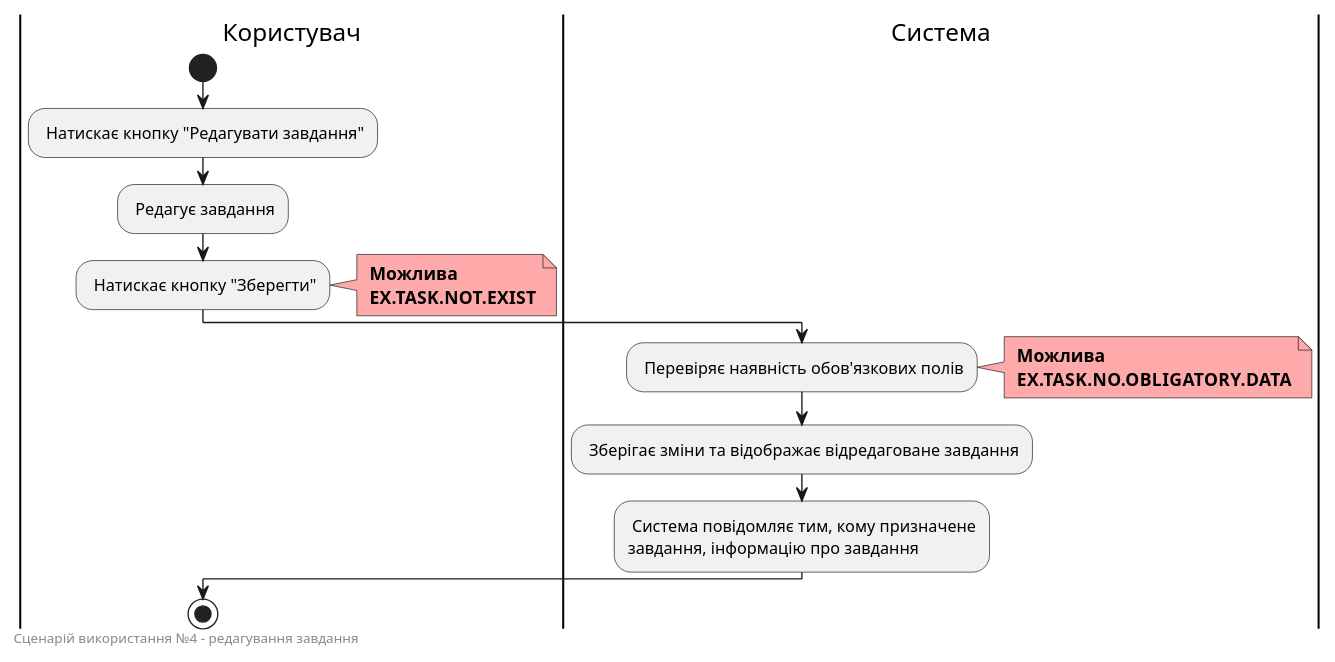
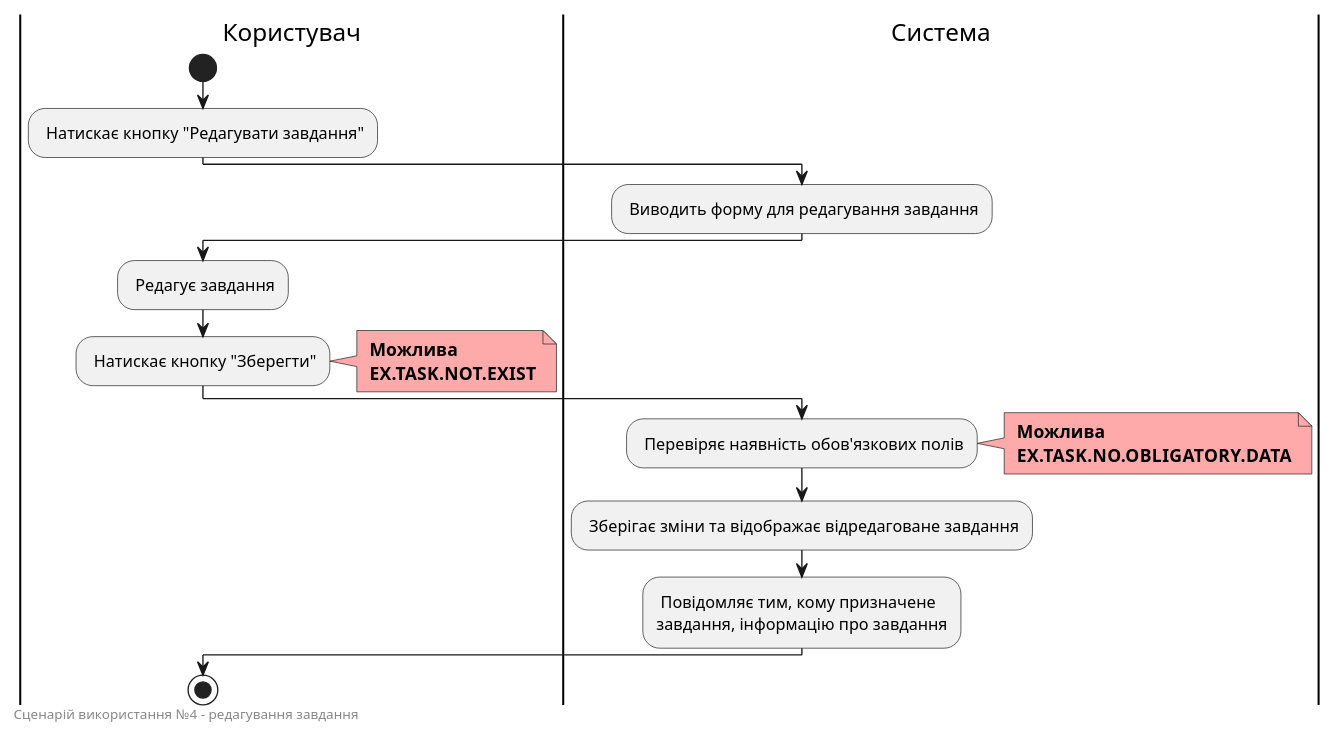
The ninth of 15 diagrams in docs/use cases/README.md (edu-db/edu_db_labs), drawn with PlantUML before and after one commit. The commit also changed other lines of this file and 1 other file, not shown here.

```diff
--- a/docs/use cases/README.md
+++ b/docs/use cases/README.md
@@ -386,30 +379,35 @@
 @startuml
 
     |Користувач|
         start
         : Натискає кнопку "Редагувати завдання";
+
+    |Система|
+        : Виводить форму для редагування завдання;
+
+    |Користувач|
         : Редагує завдання;
         : Натискає кнопку "Зберегти";
         note right #ffaaaa
         <b> Можлива
         <b> EX.TASK.NOT.EXIST
         end note
 
     |Система|
         : Перевіряє наявність обов'язкових полів;
         note right #ffaaaa
         <b> Можлива
         <b> EX.TASK.NO.OBLIGATORY.DATA
         end note
         : Зберігає зміни та відображає відредаговане завдання;
-        : Система повідомляє тим, кому призначене 
+        : Повідомляє тим, кому призначене 
         завдання, інформацію про завдання;
   
     |Користувач|
         stop;
 
     left footer
         Сценарій використання №4 - редагування завдання
     end footer
 
 @enduml
```
